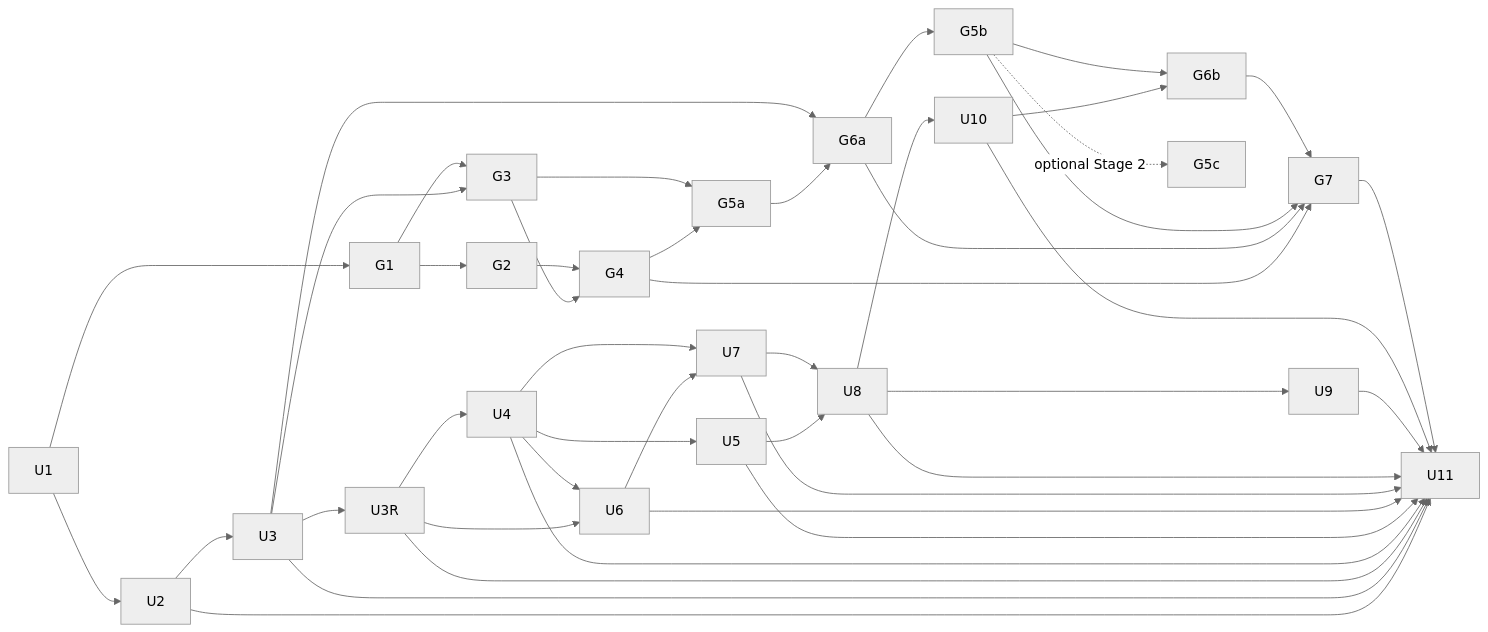
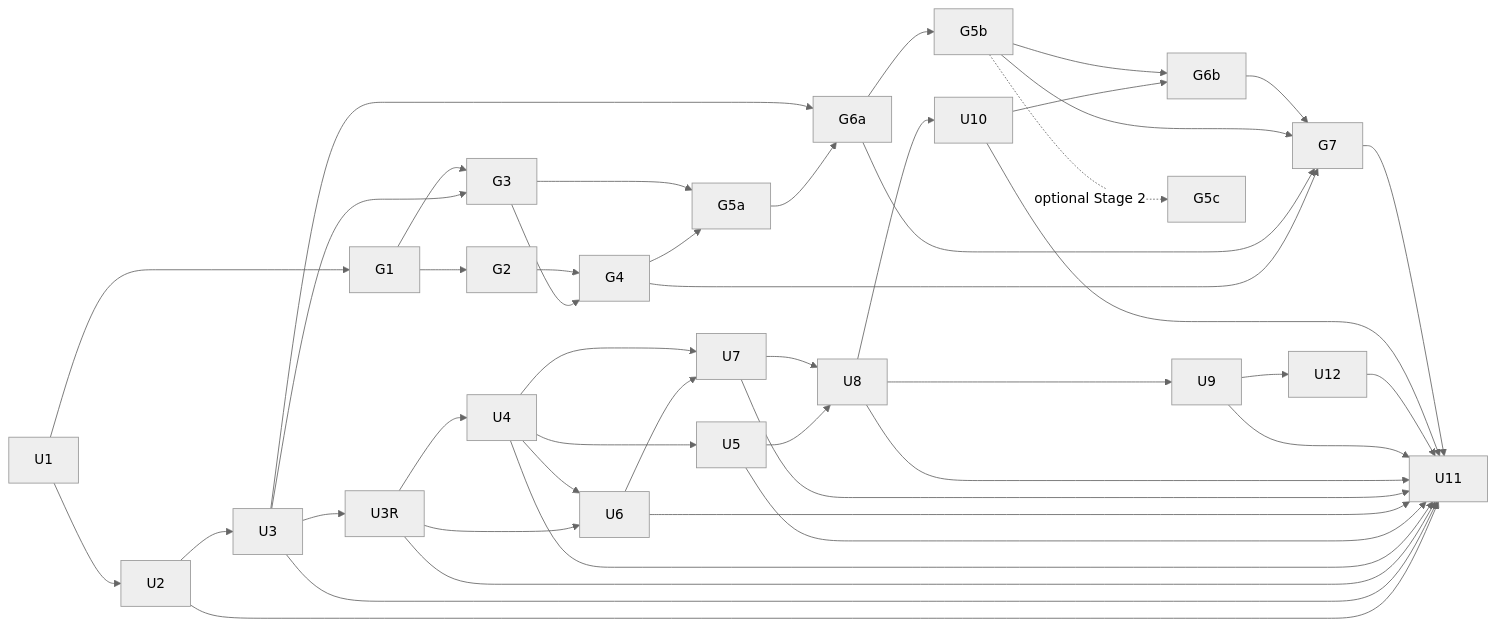
The second of 2 diagrams in docs/plans/2026-07-05-001-feat-fyp1-prototype-development-plan(2)(1).md (Lmivgshkt2O/logic-oasis-fyp), drawn with Mermaid (neutral theme) before and after one commit. The commit also changed other lines of this file and 1 other file, not shown here.

````diff
--- a/docs/plans/2026-07-05-001-feat-fyp1-prototype-development-plan(2)(1).md
+++ b/docs/plans/2026-07-05-001-feat-fyp1-prototype-development-plan(2)(1).md
@@ -876,34 +893,35 @@
 ```mermaid
 flowchart LR
     U1 --> U2 --> U3 --> U3R --> U4 --> U5
     U3R --> U6
     U4 --> U6 --> U7
     U4 --> U7
     U5 --> U8
-    U7 --> U8 --> U9
+    U7 --> U8 --> U9 --> U12
     U8 --> U10
     U1 --> G1 --> G2
     U3 --> G3
     G1 --> G3 --> G4
     G2 --> G4 --> G5a
     G3 --> G5a --> G6a --> G5b
     U3 --> G6a
     U10 --> G6b
     G5b --> G6b
     G5b -. optional Stage 2 .-> G5c
     G4 --> G7
     G6a --> G7
     G5b --> G7
     G6b --> G7
     U2 --> U11
     U3 --> U11
     U3R --> U11
     U4 --> U11
     U5 --> U11
     U6 --> U11
     U7 --> U11
     U8 --> U11
     U9 --> U11
+    U12 --> U11
     U10 --> U11
     G7 --> U11
 ```
````
